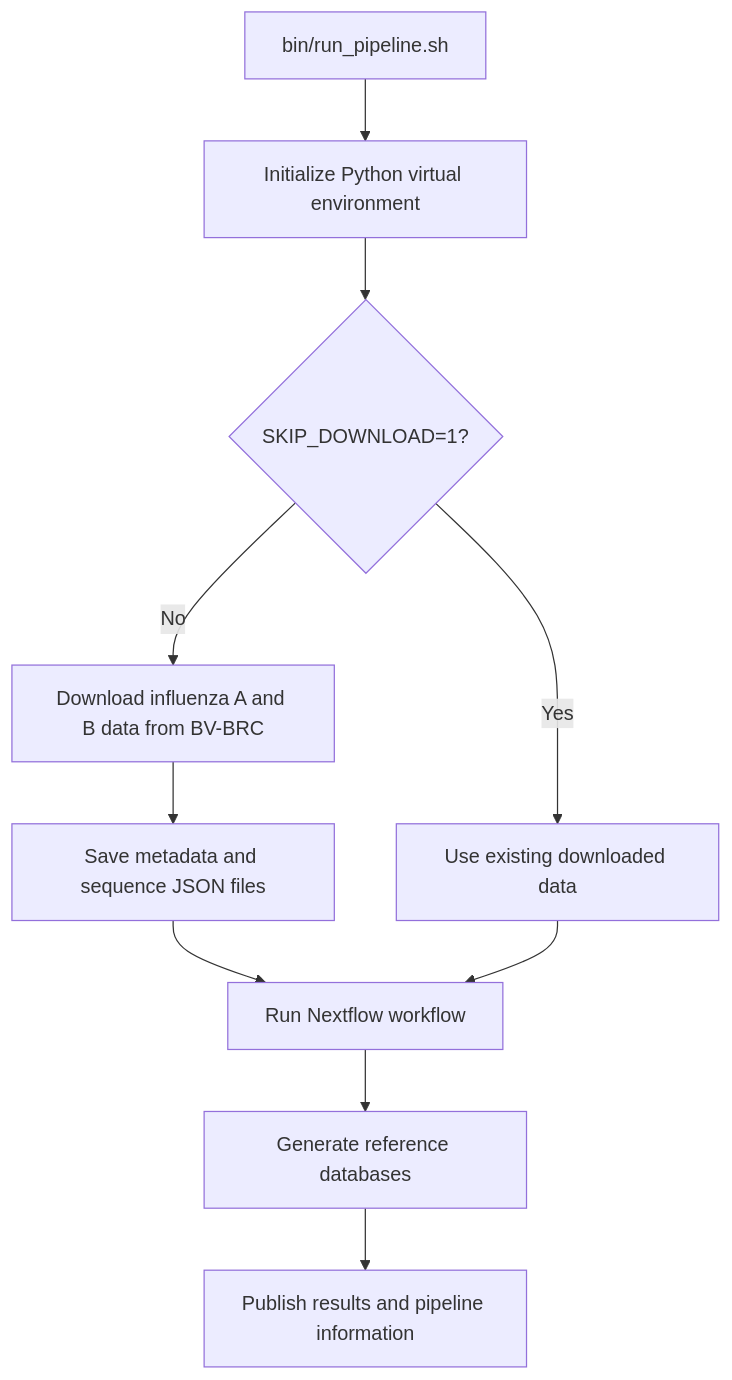
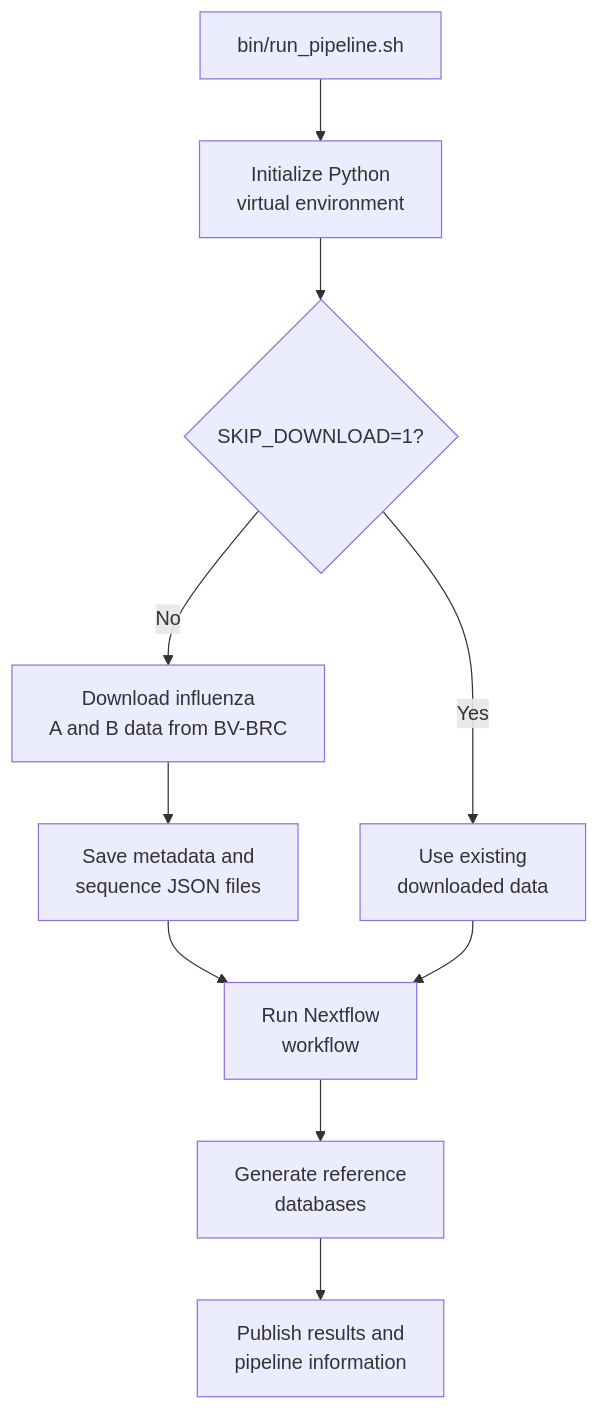
One commit to xiaoli-dong/fluab-reference-db changed the diagram in README.md. Above: the diagram before and after it, drawn with Mermaid.

Commit message:
Update README with line breaks in flowchart

````diff
--- a/README.md
+++ b/README.md
@@ -25,12 +25,12 @@
 ```mermaid
 flowchart TD
-    A["bin/run_pipeline.sh"] --> B["Initialize Python virtual environment"]
+    A["bin/run_pipeline.sh"] --> B["Initialize Python<br> virtual environment"]
     B --> C{"SKIP_DOWNLOAD=1?"}
-    C -->|No| D["Download influenza A and B data from BV-BRC"]
-    C -->|Yes| F["Use existing downloaded data"]
-    D --> E["Save metadata and sequence JSON files"]
-    E --> G["Run Nextflow workflow"]
+    C -->|No| D["Download influenza <br>A and B data from BV-BRC"]
+    C -->|Yes| F["Use existing <br>downloaded data"]
+    D --> E["Save metadata and <br>sequence JSON files"]
+    E --> G["Run Nextflow <br>workflow"]
     F --> G
-    G --> H["Generate reference databases"]
-    H --> I["Publish results and pipeline information"]
+    G --> H["Generate reference<br> databases"]
+    H --> I["Publish results and <br>pipeline information"]
 ```
````
